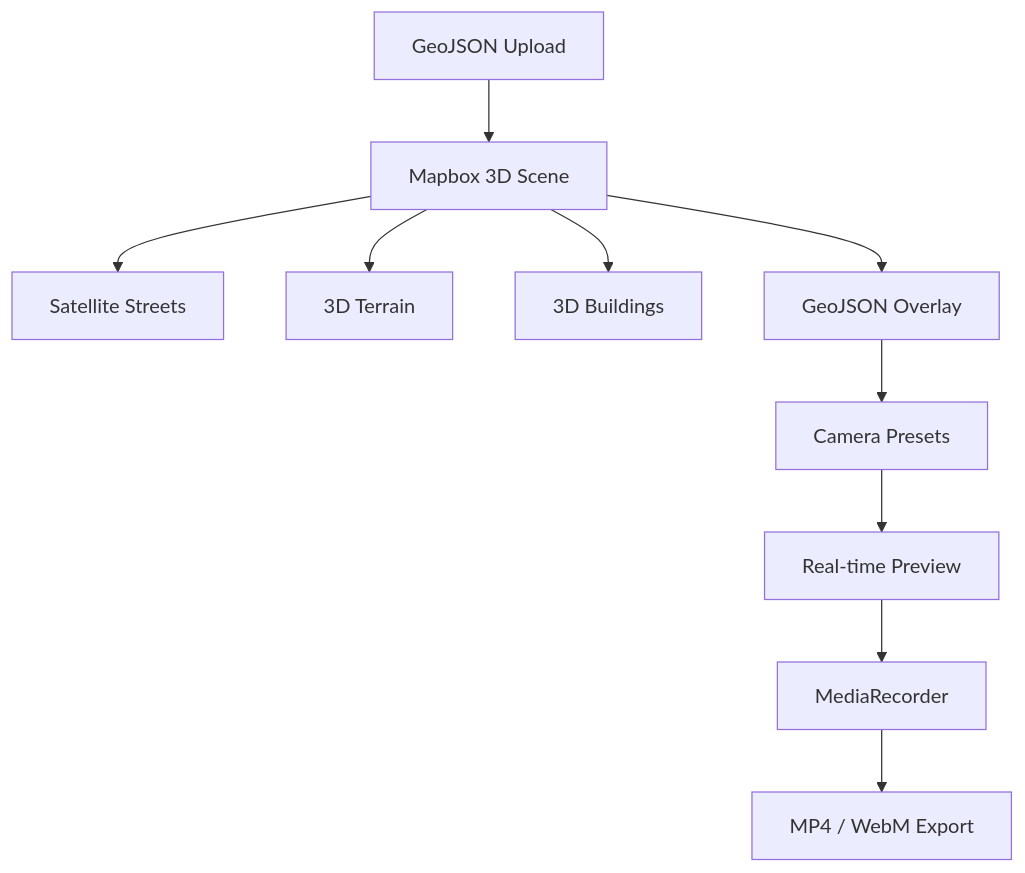
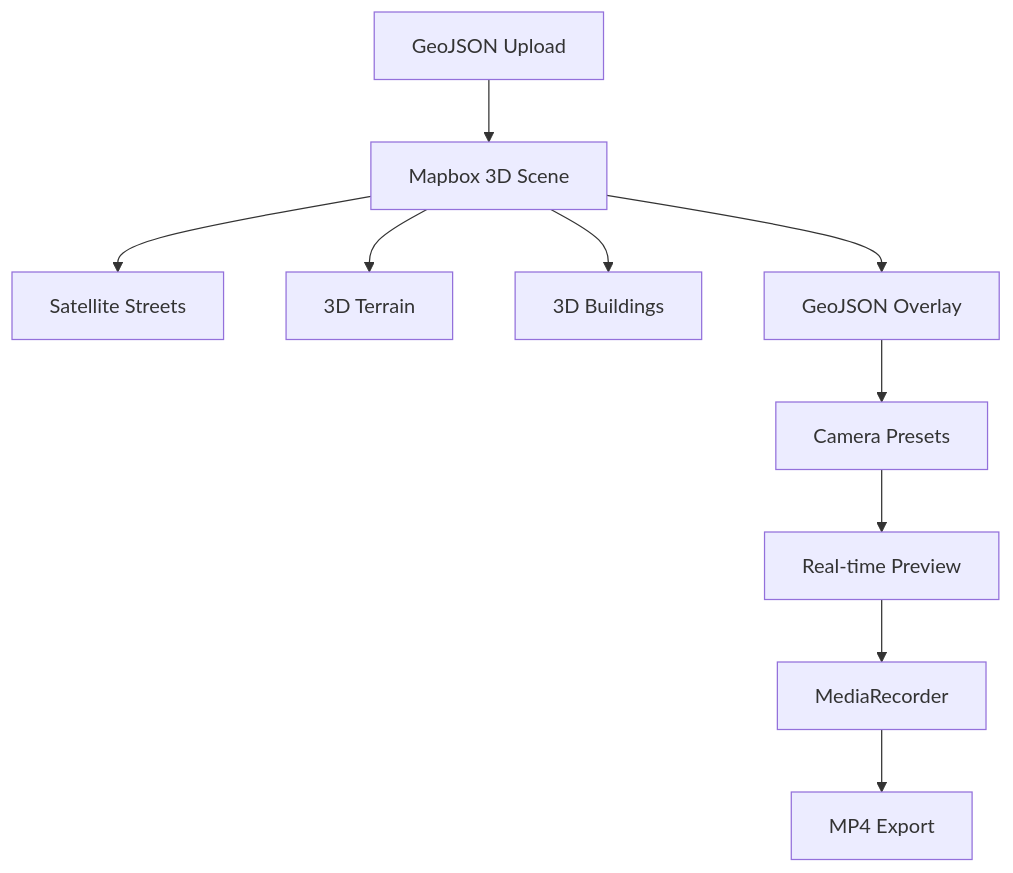
One commit to koksal-code/celebi-plug changed the diagram in README.md. Above: the diagram before and after it, drawn with Mermaid. The commit also changed other lines of this file and 6 other files, not shown here.

Commit message:
Refine GUI runtime recording flow

````diff
--- a/README.md
+++ b/README.md
@@ -265,12 +250,12 @@
 ```mermaid
 graph TD
     A[GeoJSON Upload] --> B[Mapbox 3D Scene]
     B --> C[Satellite Streets]
     B --> D[3D Terrain]
     B --> E[3D Buildings]
     B --> F[GeoJSON Overlay]
     F --> G[Camera Presets]
     G --> H[Real-time Preview]
     H --> I[MediaRecorder]
-    I --> J[MP4 / WebM Export]
+    I --> J[MP4 Export]
 ```
````
